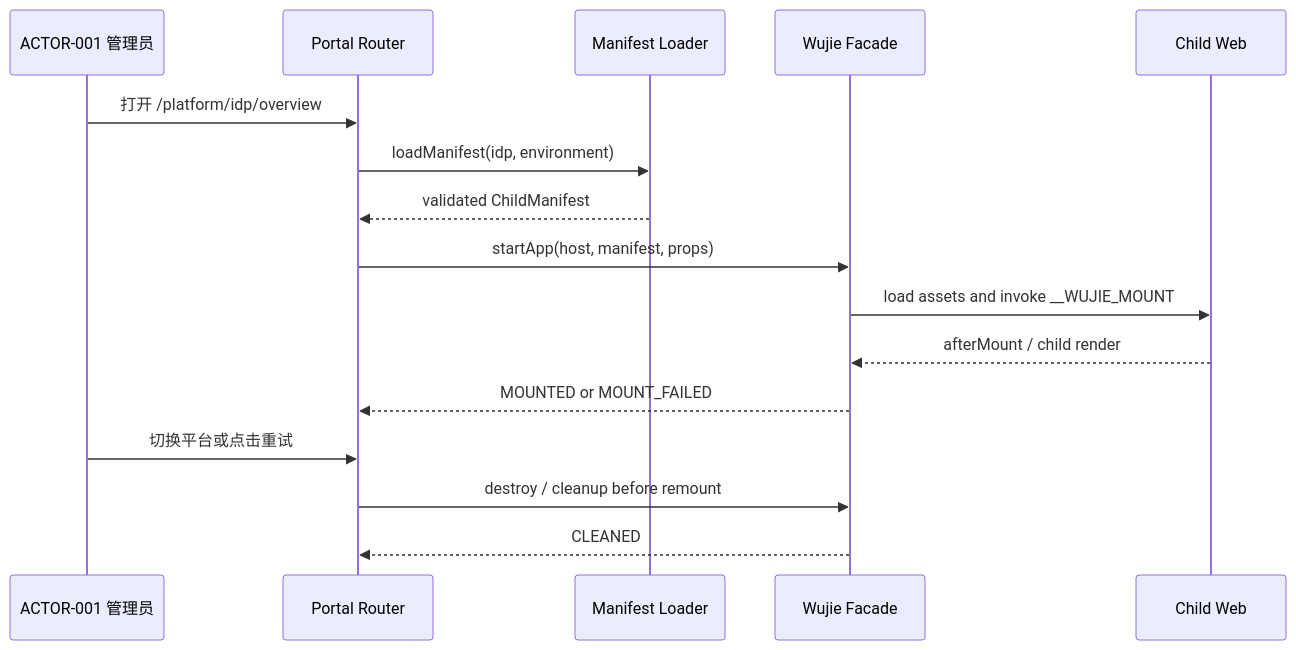
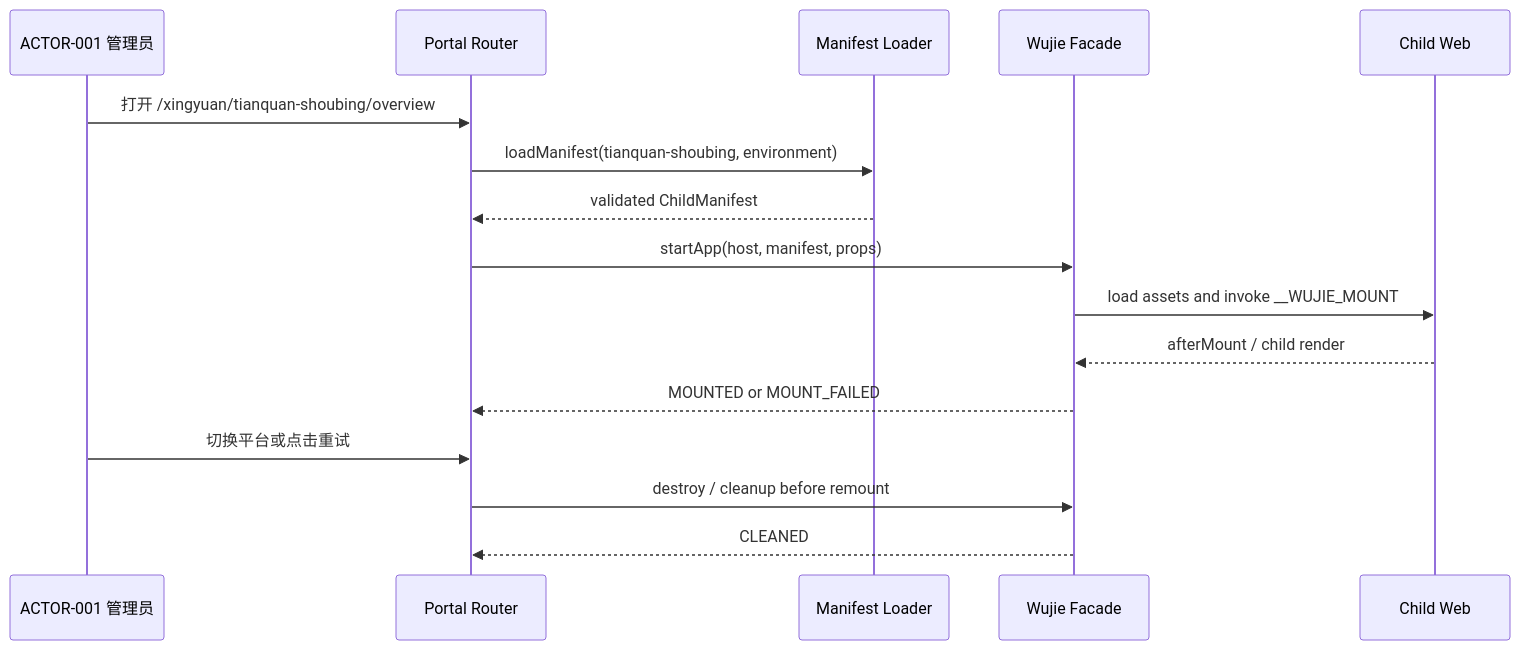
The fourth of 4 diagrams in docs/egon/spec/2026-08-28-11-06-platforms-web-runtime-repair-and-controller-coverage.md (AllenDEricDAlexander/Egon-COLA), drawn with Mermaid before and after one commit. The commit also changed other lines of this file and 233 other files, not shown here.

````diff
--- a/docs/egon/spec/2026-08-28-11-06-platforms-web-runtime-repair-and-controller-coverage.md
+++ b/docs/egon/spec/2026-08-28-11-06-platforms-web-runtime-repair-and-controller-coverage.md
@@ -316,18 +316,18 @@
 ```mermaid
 sequenceDiagram
     participant U as ACTOR-001 管理员
     participant P as Portal Router
     participant M as Manifest Loader
     participant W as Wujie Facade
     participant C as Child Web
-    U->>P: 打开 /platform/idp/overview
-    P->>M: loadManifest(idp, environment)
+    U->>P: 打开 /xingyuan/tianquan-shoubing/overview
+    P->>M: loadManifest(tianquan-shoubing, environment)
     M-->>P: validated ChildManifest
     P->>W: startApp(host, manifest, props)
     W->>C: load assets and invoke __WUJIE_MOUNT
     C-->>W: afterMount / child render
     W-->>P: MOUNTED or MOUNT_FAILED
     U->>P: 切换平台或点击重试
     P->>W: destroy / cleanup before remount
     W-->>P: CLEANED
 ```
````
